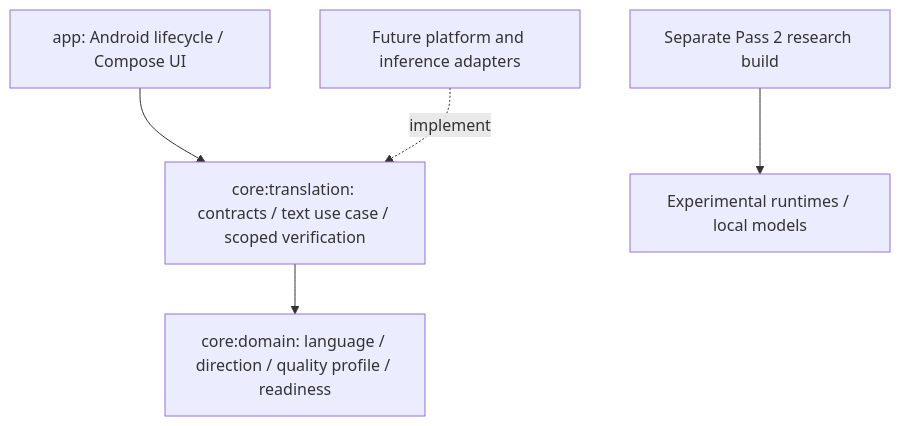
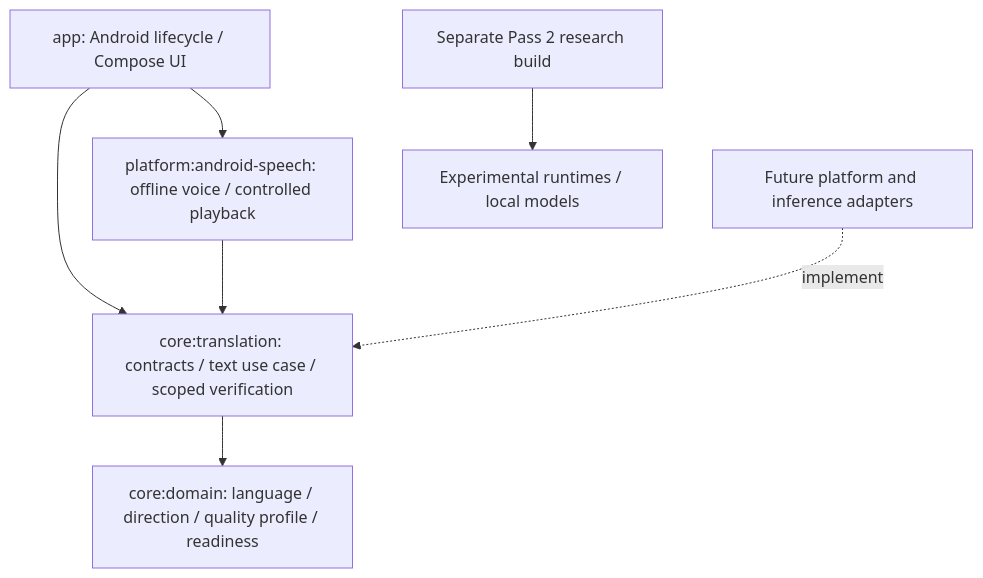
Before and after one commit to Revty79/CommonTongue: the diagram in docs/ARCHITECTURE.md, drawn with Mermaid. The commit also changed other lines of this file and 29 other files, not shown here.

Commit message:
feat: implement installed offline Android speech adapter

````diff
--- a/docs/ARCHITECTURE.md
+++ b/docs/ARCHITECTURE.md
@@ -7,7 +7,9 @@
 ```mermaid
 flowchart TD
     App[app: Android lifecycle / Compose UI] --> Translation[core:translation: contracts / text use case / scoped verification]
+    App --> Speech[platform:android-speech: offline voice / controlled playback]
+    Speech --> Translation
     Translation --> Domain[core:domain: language / direction / quality profile / readiness]
     Future[Future platform and inference adapters] -. implement .-> Translation
     Lab[Separate Pass 2 research build] --> Research[Experimental runtimes / local models]
 ```
````
